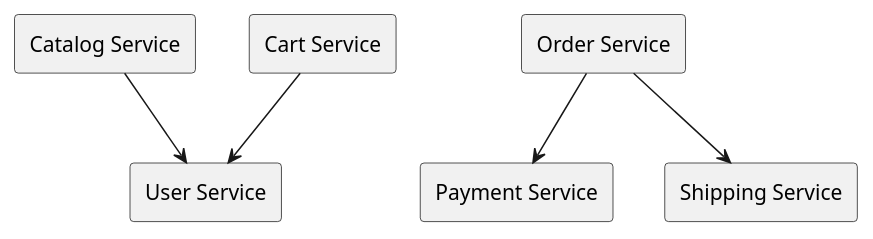
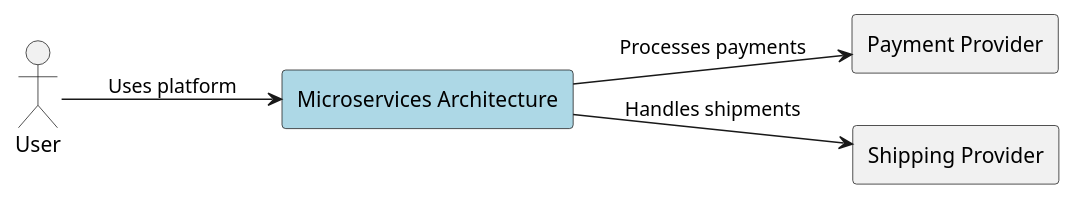
Before and after one commit to alessiagatto/documenter-agent: the diagram in docs/generated/diagrams/context_diagram.puml, drawn with PlantUML. The commit also changed 2 other files, not shown here.

Commit message:
Integrazione refinement Vision su diagrammi UML, correzione context diagram e stabilizzazione pipeline generazione

```diff
--- a/docs/generated/diagrams/context_diagram.puml
+++ b/docs/generated/diagrams/context_diagram.puml
@@ -1,15 +1,15 @@
 @startuml
+left to right direction
 skinparam rectangleStyle rounded
+skinparam shadowing false
 
-rectangle "Catalog Service" as CatalogService
-rectangle "Cart Service" as CartService
-rectangle "Order Service" as OrderService
-rectangle "User Service" as UserService
-rectangle "Payment Service" as PaymentService
-rectangle "Shipping Service" as ShippingService
+actor "User" as User
+rectangle "Payment Provider" as Payment
+rectangle "Shipping Provider" as Shipping
 
-CatalogService --> UserService
-CartService --> UserService
-OrderService --> PaymentService
-OrderService --> ShippingService
+rectangle "Microservices Architecture" as System #LightBlue
+
+User --> System : Uses platform
+System --> Payment : Processes payments
+System --> Shipping : Handles shipments
 @enduml
```
